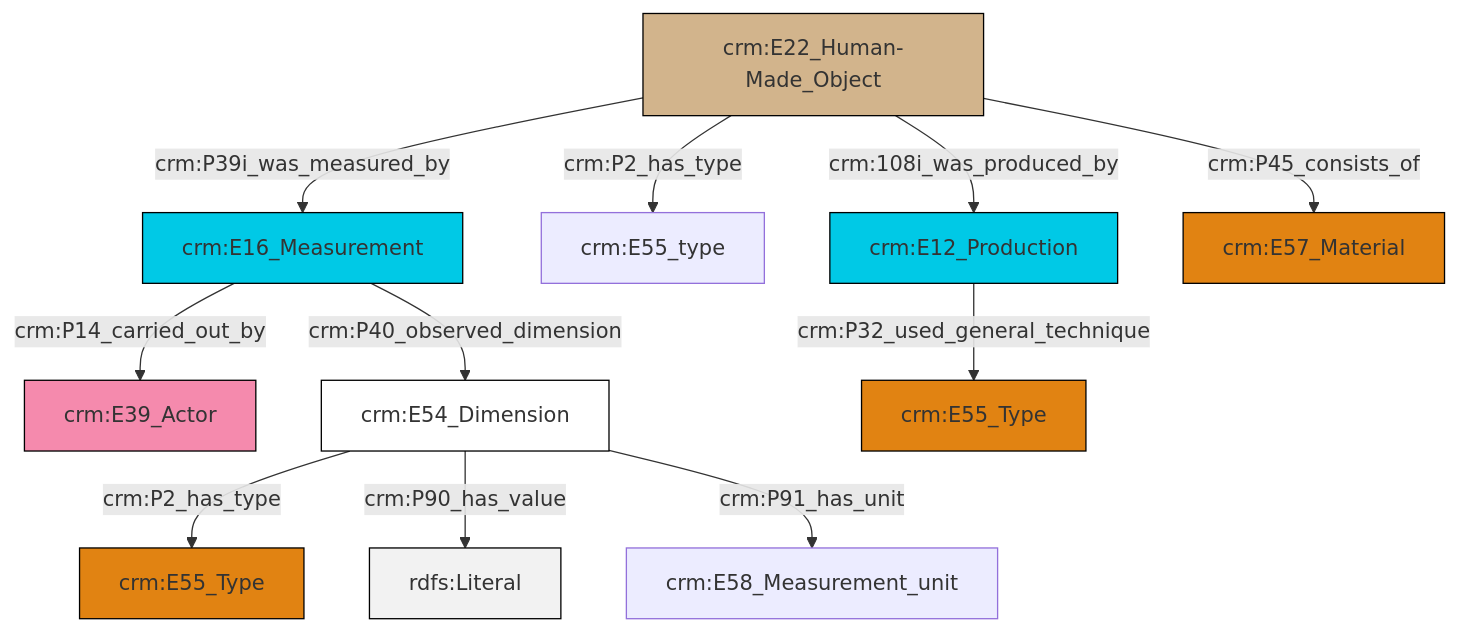
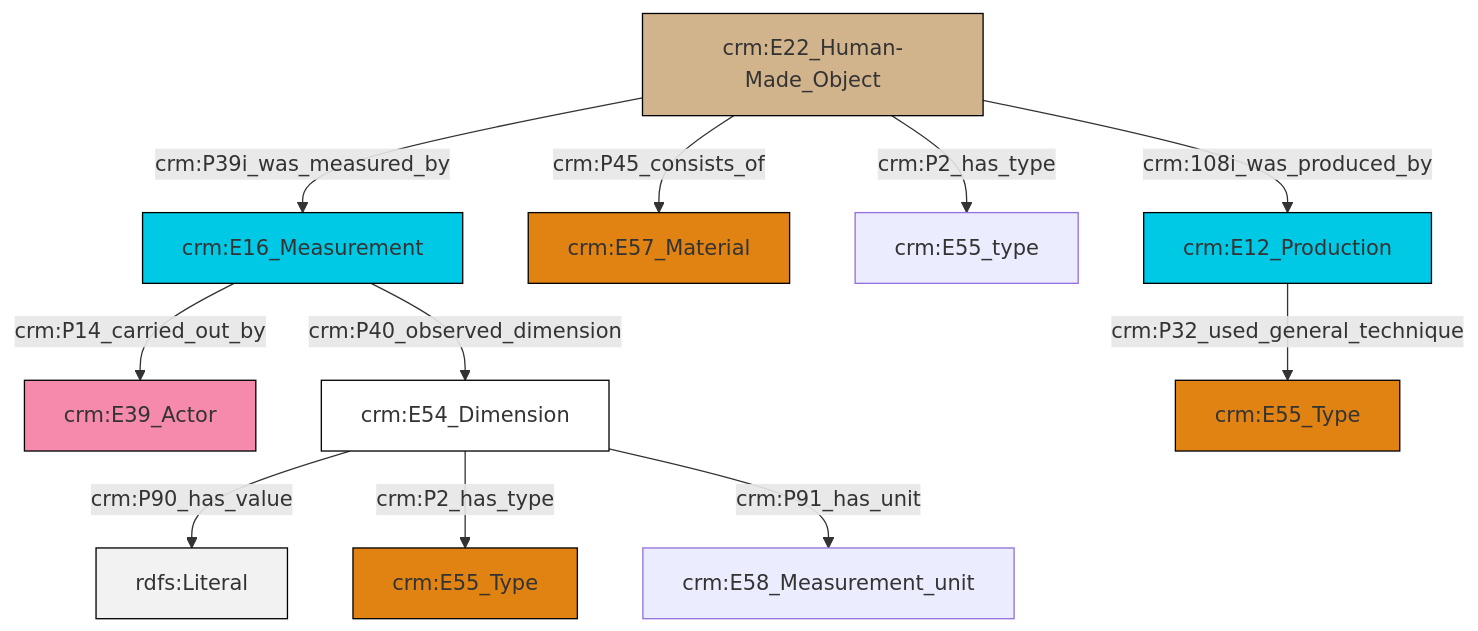
One commit to swiss-art-research-net/reference-data-models changed the diagram in et/artworkCSV/ttl/mmd/Artwork_substance.ttl.mmd. Above: the diagram before and after it, drawn with Mermaid. The commit also changed 125 other files, not shown here.

```diff
--- a/et/artworkCSV/ttl/mmd/Artwork_substance.ttl.mmd
+++ b/et/artworkCSV/ttl/mmd/Artwork_substance.ttl.mmd
@@ -1,25 +1,25 @@
 graph TD
 classDef Literal fill:#f2f2f2,stroke:#000000;
 classDef CRM_Entity fill:#FFFFFF,stroke:#000000;
 classDef Temporal_Entity fill:#00C9E6, stroke:#000000;
 classDef Type fill:#E18312, stroke:#000000;
 classDef Time-Span fill:#2C9C91, stroke:#000000;
 classDef Appellation fill:#FFEB7F, stroke:#000000;
 classDef Place fill:#008836, stroke:#000000;
 classDef Persistent_Item fill:#B266B2, stroke:#000000;
 classDef Conceptual_Object fill:#FFD700, stroke:#000000;
 classDef Physical_Thing fill:#D2B48C, stroke:#000000;
 classDef Actor fill:#f58aad, stroke:#000000;
 classDef PC_Classes fill:#4ce600, stroke:#000000;
 classDef Multi fill:#cccccc,stroke:#000000;
 
-12["crm:E22_Human-Made_Object"]:::Physical_Thing -->|crm:P39i_was_measured_by| 0["crm:E16_Measurement"]:::Temporal_Entity
-8["crm:E12_Production"]:::Temporal_Entity -->|crm:P32_used_general_technique| 13["crm:E55_Type"]:::Type
-12["crm:E22_Human-Made_Object"]:::Physical_Thing -->|crm:P2_has_type| 4["crm:E55_type"]:::Default
-14["crm:E54_Dimension"]:::CRM_Entity -->|crm:P2_has_type| 10["crm:E55_Type"]:::Type
-0["crm:E16_Measurement"]:::Temporal_Entity -->|crm:P14_carried_out_by| 2["crm:E39_Actor"]:::Actor
-14["crm:E54_Dimension"]:::CRM_Entity -->|crm:P90_has_value| 16[rdfs:Literal]:::Literal
-14["crm:E54_Dimension"]:::CRM_Entity -->|crm:P91_has_unit| 17["crm:E58_Measurement_unit"]:::Default
-12["crm:E22_Human-Made_Object"]:::Physical_Thing -->|crm:108i_was_produced_by| 8["crm:E12_Production"]:::Temporal_Entity
-12["crm:E22_Human-Made_Object"]:::Physical_Thing -->|crm:P45_consists_of| 6["crm:E57_Material"]:::Type
-0["crm:E16_Measurement"]:::Temporal_Entity -->|crm:P40_observed_dimension| 14["crm:E54_Dimension"]:::CRM_Entity
+10["crm:E12_Production"]:::Temporal_Entity -->|crm:P32_used_general_technique| 11["crm:E55_Type"]:::Type
+2["crm:E16_Measurement"]:::Temporal_Entity -->|crm:P14_carried_out_by| 15["crm:E39_Actor"]:::Actor
+0["crm:E54_Dimension"]:::CRM_Entity -->|crm:P90_has_value| 16[rdfs:Literal]:::Literal
+0["crm:E54_Dimension"]:::CRM_Entity -->|crm:P2_has_type| 4["crm:E55_Type"]:::Type
+12["crm:E22_Human-Made_Object"]:::Physical_Thing -->|crm:P39i_was_measured_by| 2["crm:E16_Measurement"]:::Temporal_Entity
+2["crm:E16_Measurement"]:::Temporal_Entity -->|crm:P40_observed_dimension| 0["crm:E54_Dimension"]:::CRM_Entity
+12["crm:E22_Human-Made_Object"]:::Physical_Thing -->|crm:P45_consists_of| 8["crm:E57_Material"]:::Type
+12["crm:E22_Human-Made_Object"]:::Physical_Thing -->|crm:P2_has_type| 18["crm:E55_type"]:::Default
+0["crm:E54_Dimension"]:::CRM_Entity -->|crm:P91_has_unit| 6["crm:E58_Measurement_unit"]:::Default
+12["crm:E22_Human-Made_Object"]:::Physical_Thing -->|crm:108i_was_produced_by| 10["crm:E12_Production"]:::Temporal_Entity
```
